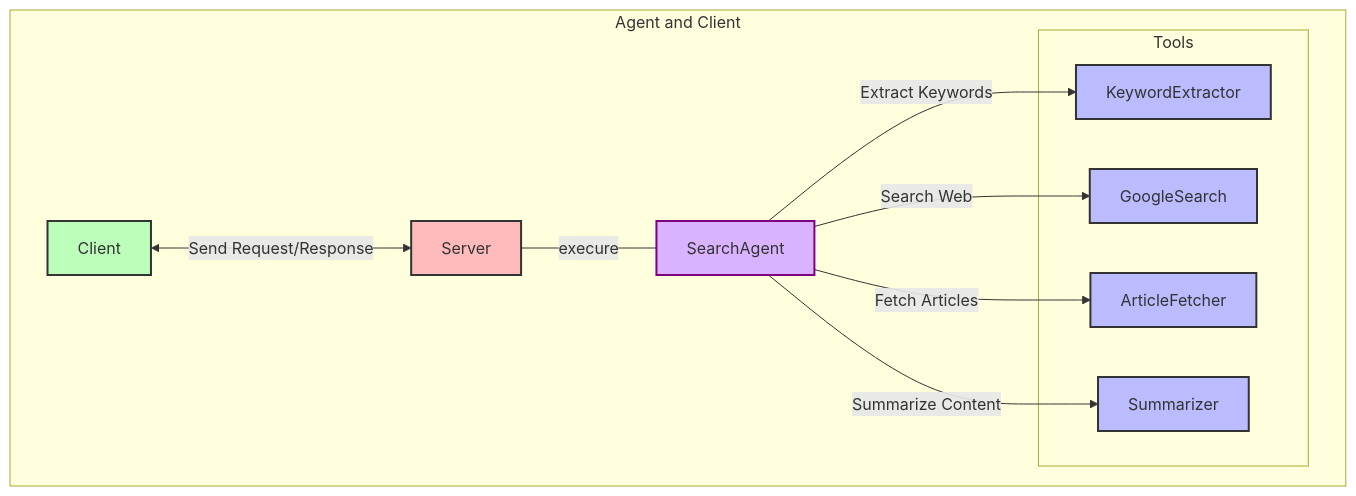
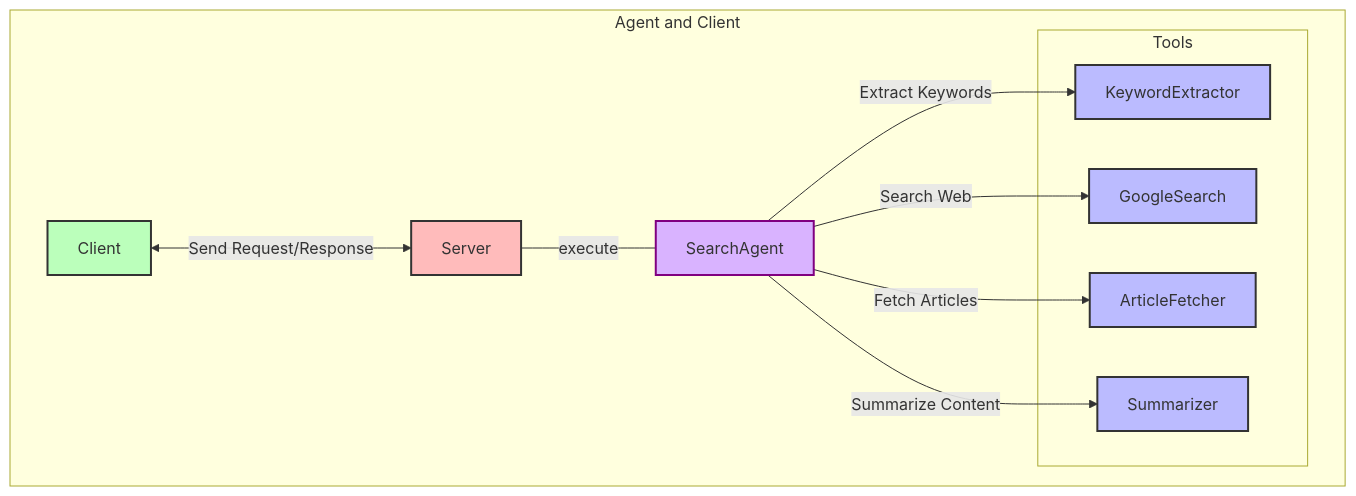
Before and after one commit to uni-3/mermaid-docs: the diagram in docs/a2a-search-agent.mmd, drawn with Mermaid.

Commit message:
fix typo and remove comment

```diff
--- a/docs/a2a-search-agent.mmd
+++ b/docs/a2a-search-agent.mmd
@@ -1,40 +1,37 @@
 graph TB
     subgraph "Agent and Client"
         %% Client and Server
         Client["Client"] <-->|"Send Request/Response"| Server["Server"]
-        %%Client["Client"] --- Server["Server"]
-        Server --- |"execure"| SearchAgent
-        %%SearchAgent -->|"Return Result"| Server
-        %%Server -->|"Send Response"| Client
+        Server --- |"execute"| SearchAgent
 
         %% SearchAgent
         SearchAgent["SearchAgent"]
 
         %% Tools Subgraph
         subgraph Tools["Tools"]
             classDef tools fill:#e0e0e0,stroke:#999,stroke-width:1px,stroke-dasharray: 5 5
             class Tools tools
 
             KeywordExtractor["KeywordExtractor"]
             GoogleSearch["GoogleSearch"]
             ArticleFetcher["ArticleFetcher"]
             Summarizer["Summarizer"]
         end
 
         %% Connections
         SearchAgent -->|"Extract Keywords"| KeywordExtractor
         SearchAgent -->|"Search Web"| GoogleSearch
         SearchAgent -->|"Fetch Articles"| ArticleFetcher
         SearchAgent -->|"Summarize Content"| Summarizer
     end
 
     %% Styling
     classDef agent fill:#d9b3ff,stroke:#800080,stroke-width:2px
     classDef tool fill:#bbf,stroke:#333,stroke-width:2px
     classDef client fill:#bfb,stroke:#333,stroke-width:2px
     classDef server fill:#fbb,stroke:#333,stroke-width:2px
 
     class SearchAgent agent
     class KeywordExtractor,GoogleSearch,ArticleFetcher,Summarizer tool
     class Client client
     class Server server
```
